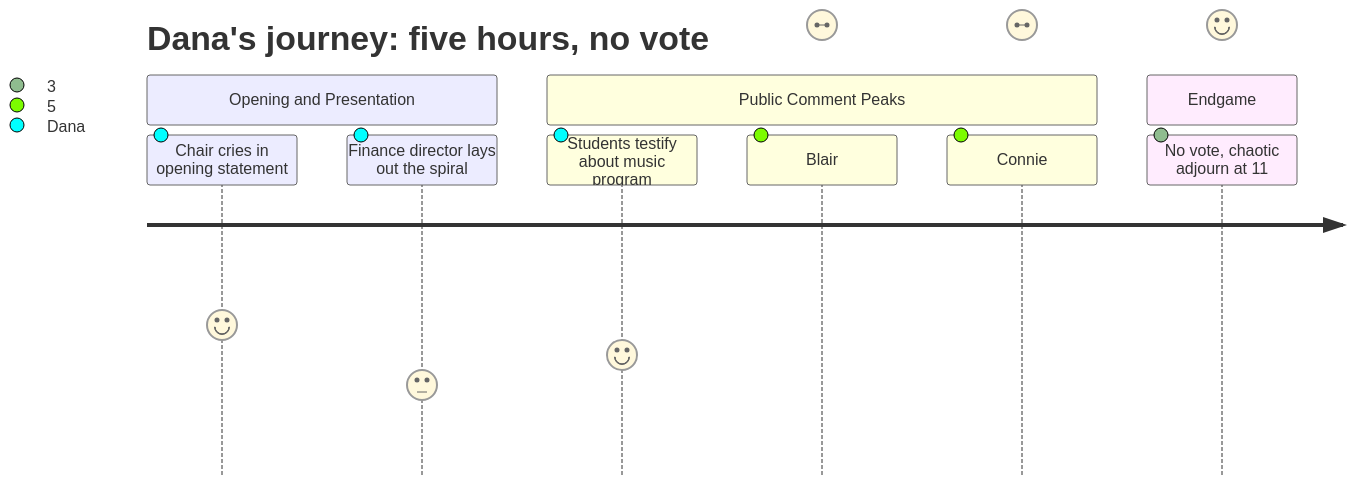
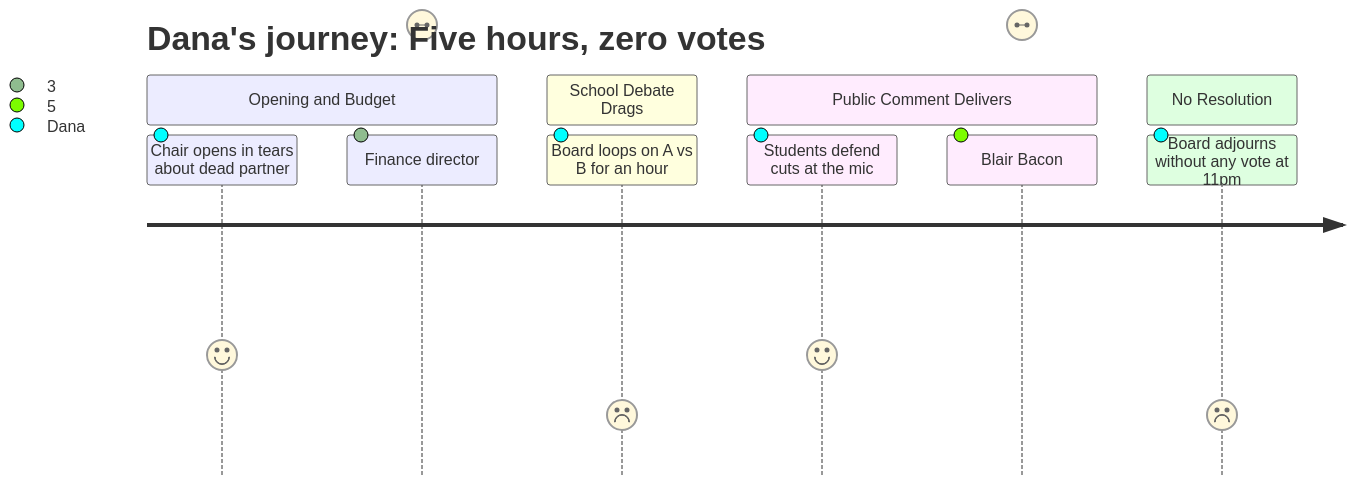
Before and after one commit to cristoslc/2026-south-portland-school-budget: the diagram in data/interpretation/meetings/2026-03-23-school-board/PERSONA-009.md, drawn with Mermaid. The commit also changed other lines of this file and 64 other files, not shown here.

````diff
--- a/data/interpretation/meetings/2026-03-23-school-board/PERSONA-009.md
+++ b/data/interpretation/meetings/2026-03-23-school-board/PERSONA-009.md
@@ -72,13 +70,14 @@
 ```mermaid
 journey
-    title Dana's journey: five hours, no vote
-    section Opening and Presentation
-        Chair cries in opening statement: 5: Dana
-        Finance director lays out the spiral: 3: Dana
-    section Public Comment Peaks
-        Students testify about music program: 4: Dana
-        Blair: only my hire date matters: 5: Dana
-        Connie: lunch aides vs. superintendent pay: 5: Dana
-    section Endgame
-        No vote, chaotic adjourn at 11:15: 3: Dana
+    title Dana's journey: Five hours, zero votes
+    section Opening and Budget
+        Chair opens in tears about dead partner: 4: Dana
+        Finance director: 7th in 6 years, cliff: 3: Dana
+    section School Debate Drags
+        Board loops on A vs B for an hour: 2: Dana
+    section Public Comment Delivers
+        Students defend cuts at the mic: 4: Dana
+        Blair Bacon: credentials vs. seniority: 5: Dana
+    section No Resolution
+        Board adjourns without any vote at 11pm: 2: Dana
 ```
````
